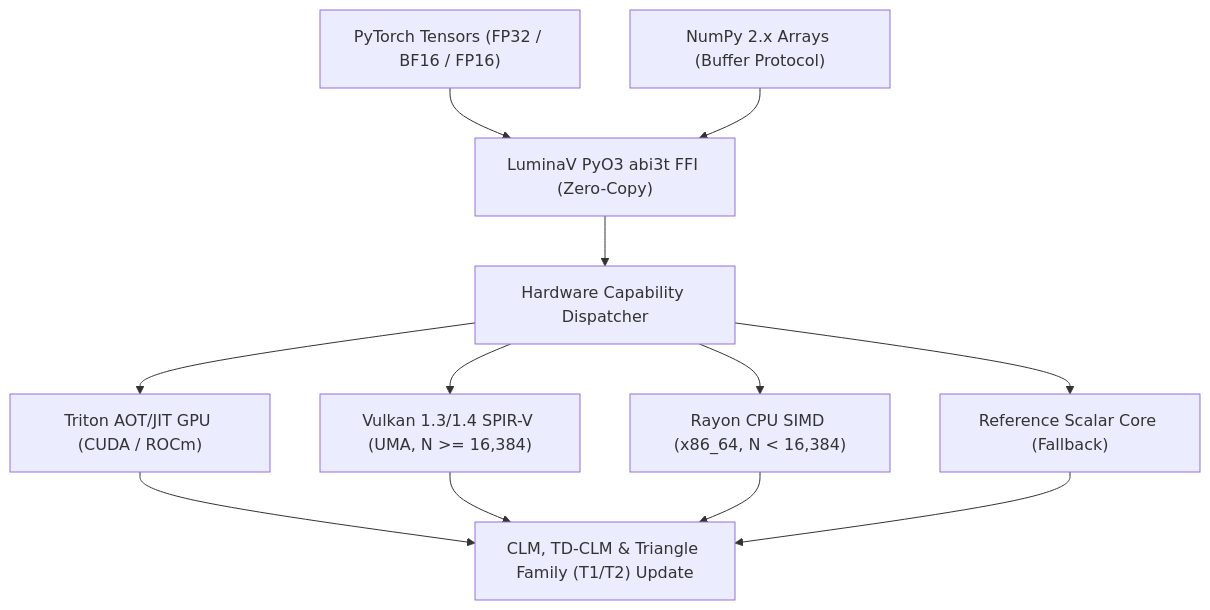
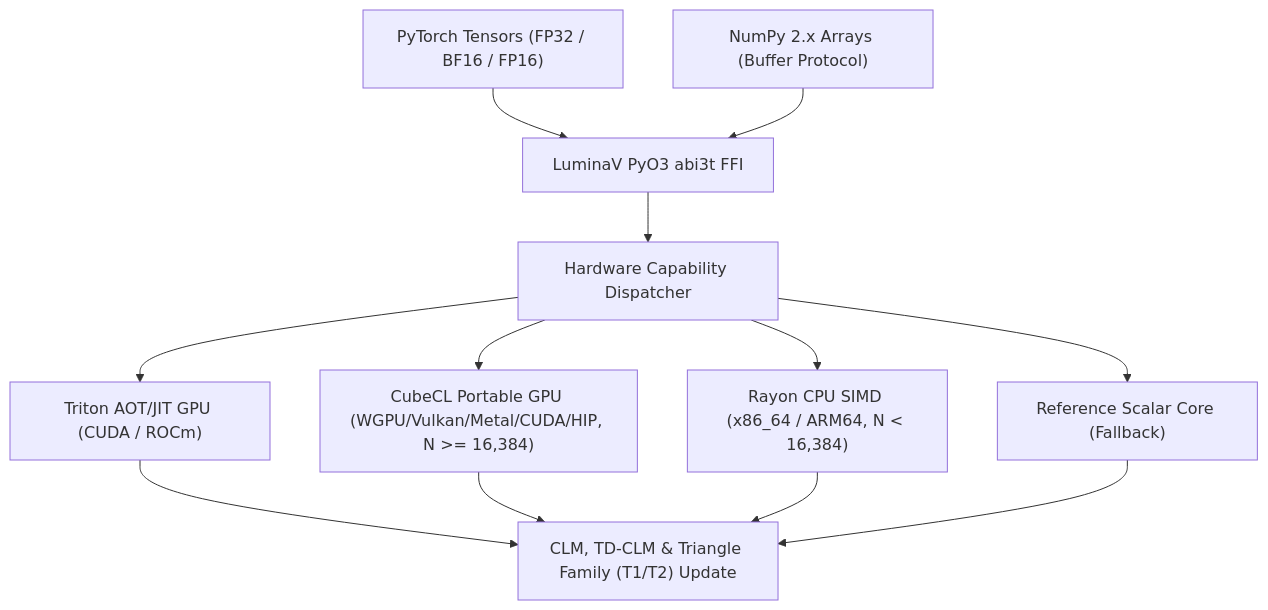
One commit to cloverx-id/luminamoon changed the first of 2 diagrams in docs/en/04_architecture_and_hardware.md. Above: the diagram before and after it, drawn with Mermaid. The commit also changed other lines of this file and 524 other files, not shown here.

````diff
--- a/docs/en/04_architecture_and_hardware.md
+++ b/docs/en/04_architecture_and_hardware.md
@@ -9,11 +9,11 @@
 ```mermaid
 flowchart TD
-    PyTorch["PyTorch Tensors (FP32 / BF16 / FP16)"] --> FFI["LuminaV PyO3 abi3t FFI (Zero-Copy)"]
+    PyTorch["PyTorch Tensors (FP32 / BF16 / FP16)"] --> FFI["LuminaV PyO3 abi3t FFI"]
     NumPy["NumPy 2.x Arrays (Buffer Protocol)"] --> FFI
     FFI --> Dispatcher["Hardware Capability Dispatcher"]
     Dispatcher --> Triton["Triton AOT/JIT GPU (CUDA / ROCm)"]
-    Dispatcher --> Vulkan["Vulkan 1.3/1.4 SPIR-V (UMA, N >= 16,384)"]
-    Dispatcher --> SIMD["Rayon CPU SIMD (x86_64, N < 16,384)"]
+    Dispatcher --> CubeCL["CubeCL Portable GPU (WGPU/Vulkan/Metal/CUDA/HIP, N >= 16,384)"]
+    Dispatcher --> SIMD["Rayon CPU SIMD (x86_64 / ARM64, N < 16,384)"]
     Dispatcher --> Scalar["Reference Scalar Core (Fallback)"]
-    Triton & Vulkan & SIMD & Scalar --> Math["CLM, TD-CLM & Triangle Family (T1/T2) Update"]
+    Triton & CubeCL & SIMD & Scalar --> Math["CLM, TD-CLM & Triangle Family (T1/T2) Update"]
 ```
````
